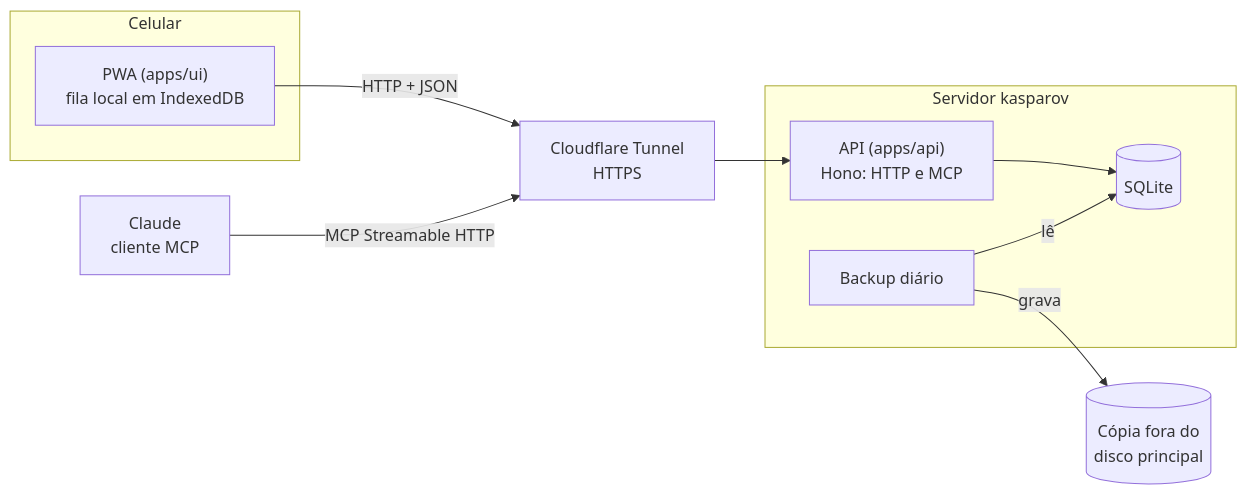
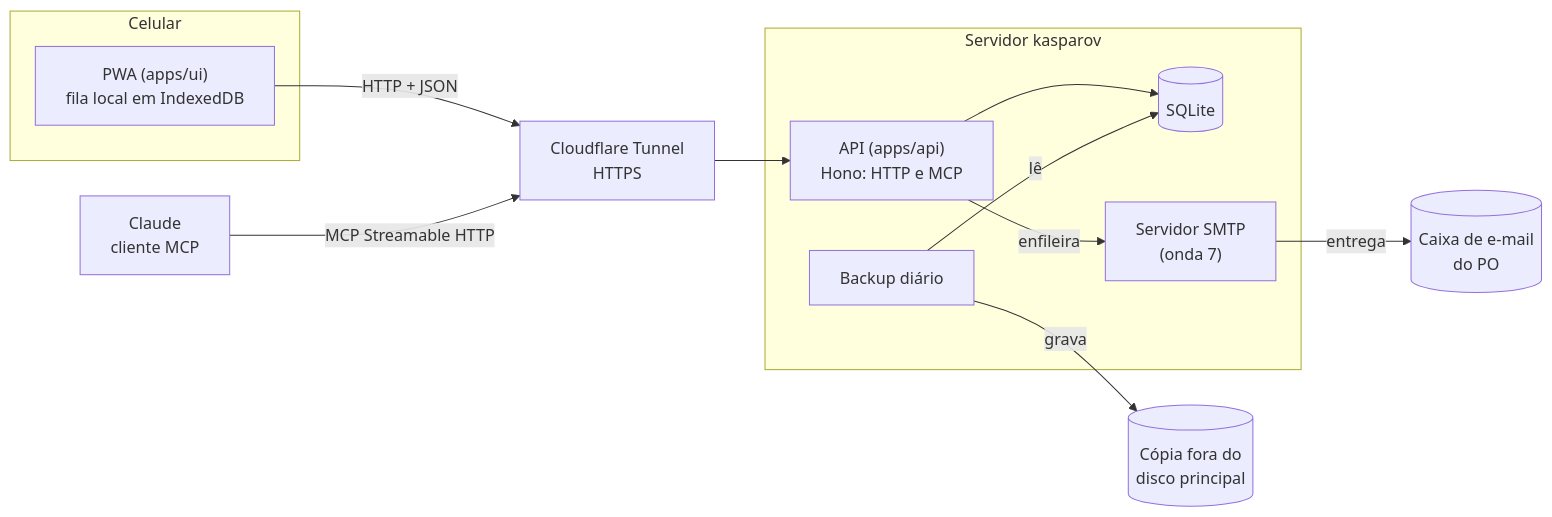
One commit to leandrokanis/heavy-duty changed the diagram in docs/arquitetura.md. Above: the diagram before and after it, drawn with Mermaid. The commit also changed other lines of this file and 18 other files, not shown here.

````diff
--- a/docs/arquitetura.md
+++ b/docs/arquitetura.md
@@ -9,21 +9,25 @@
 ```mermaid
 flowchart LR
   subgraph phone[Celular]
     ui["PWA (apps/ui)<br/>fila local em IndexedDB"]
   end
   claude["Claude<br/>cliente MCP"]
   tunnel["Cloudflare Tunnel<br/>HTTPS"]
   subgraph server[Servidor kasparov]
     api["API (apps/api)<br/>Hono: HTTP e MCP"]
     db[("SQLite")]
     backup["Backup diário"]
+    smtp["Servidor SMTP<br/>(onda 7)"]
   end
+  inbox[("Caixa de e-mail<br/>do PO")]
   offsite[("Cópia fora do<br/>disco principal")]
 
   ui -- HTTP + JSON --> tunnel
   claude -- MCP Streamable HTTP --> tunnel
   tunnel --> api
   api --> db
   backup -- lê --> db
   backup -- grava --> offsite
+  api -- enfileira --> smtp
+  smtp -- entrega --> inbox
 ```
````
